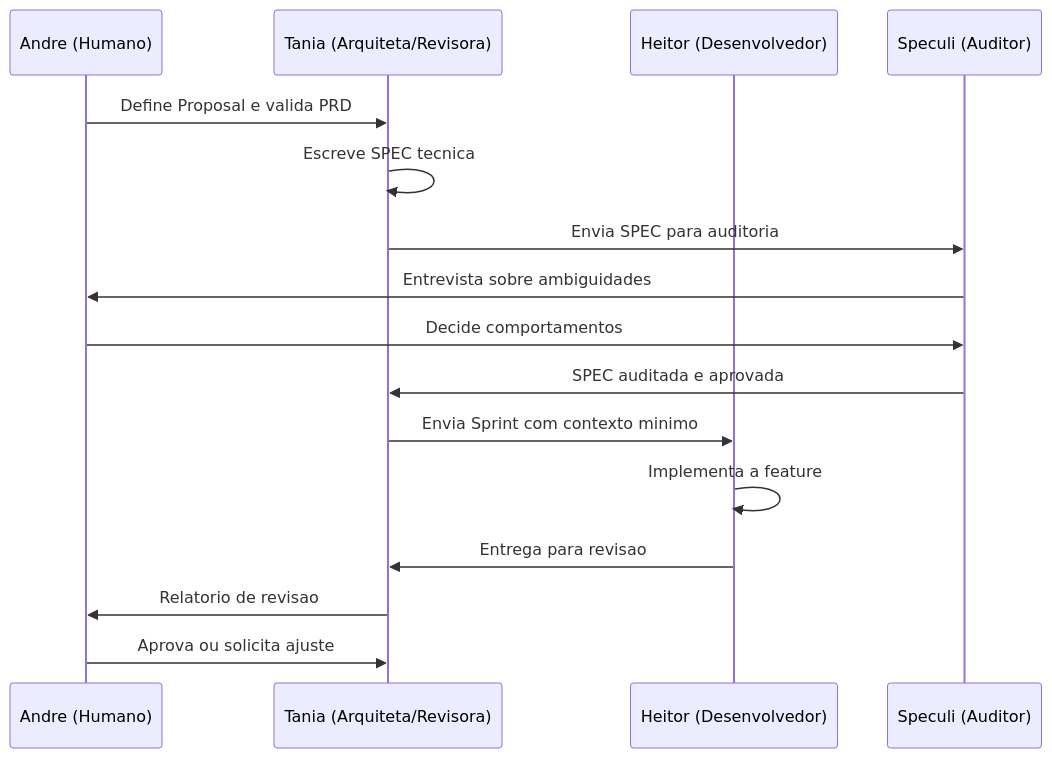
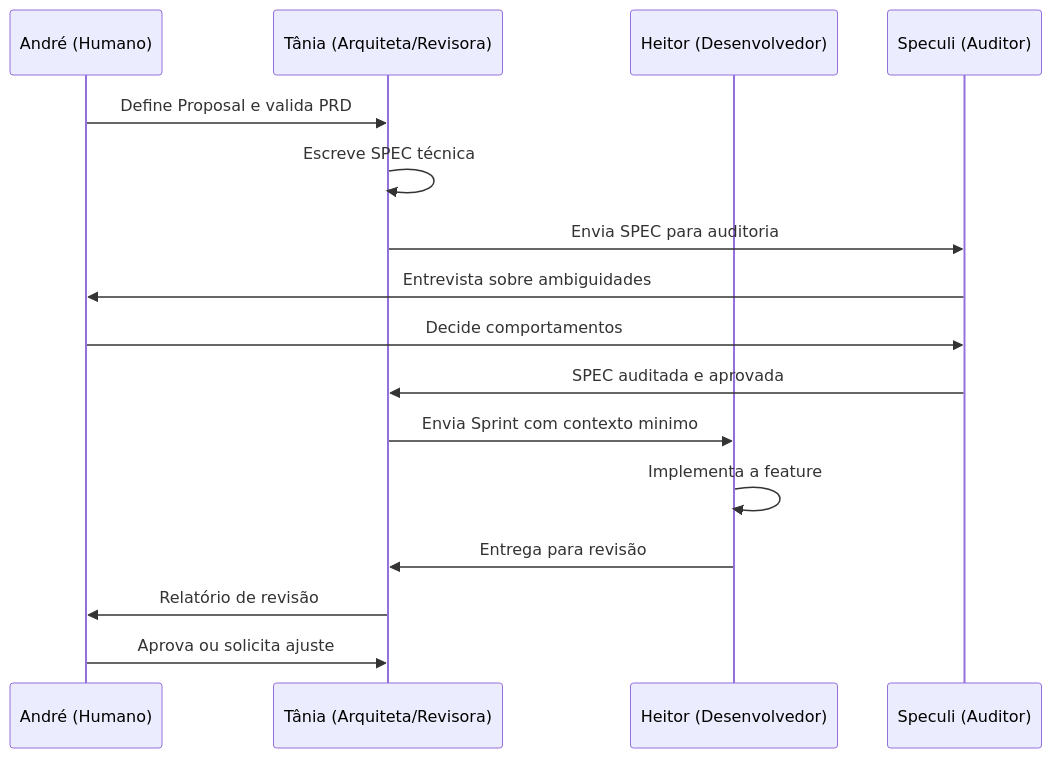
Before and after one commit to andreluizsmartins/SDD-Spec-Driven-Development: the sixth of 6 diagrams in README.md, drawn with Mermaid. The commit also changed other lines of this file, not shown here.

````diff
--- a/README.md
+++ b/README.md
@@ -249,19 +249,19 @@
 ```mermaid
 sequenceDiagram
-    participant A as Andre (Humano)
-    participant T as Tania (Arquiteta/Revisora)
+    participant A as André (Humano)
+    participant T as Tânia (Arquiteta/Revisora)
     participant H as Heitor (Desenvolvedor)
     participant S as Speculi (Auditor)
 
     A->>T: Define Proposal e valida PRD
-    T->>T: Escreve SPEC tecnica
+    T->>T: Escreve SPEC técnica
     T->>S: Envia SPEC para auditoria
     S->>A: Entrevista sobre ambiguidades
     A->>S: Decide comportamentos
     S->>T: SPEC auditada e aprovada
     T->>H: Envia Sprint com contexto minimo
     H->>H: Implementa a feature
-    H->>T: Entrega para revisao
-    T->>A: Relatorio de revisao
+    H->>T: Entrega para revisão
+    T->>A: Relatório de revisão
     A->>T: Aprova ou solicita ajuste
 ```
````
